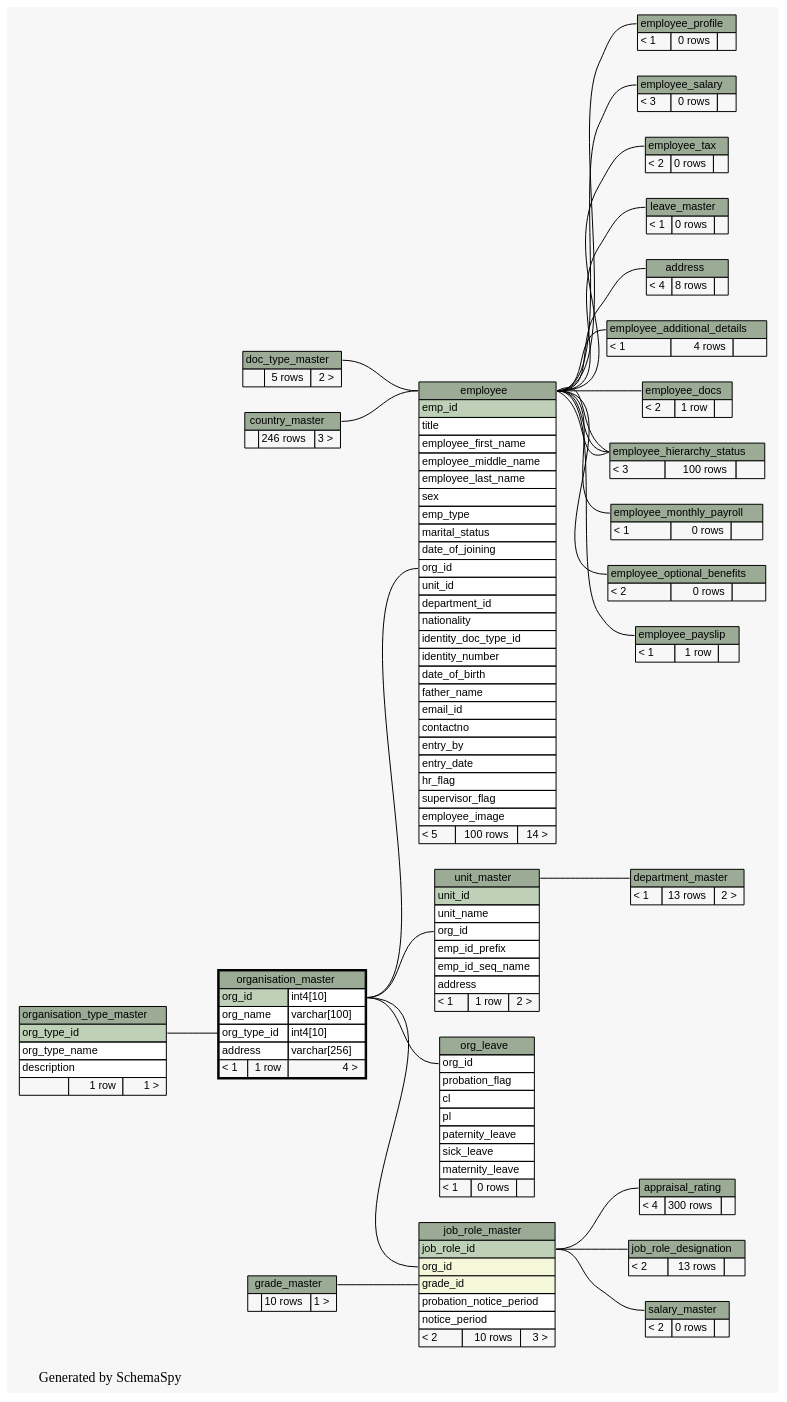
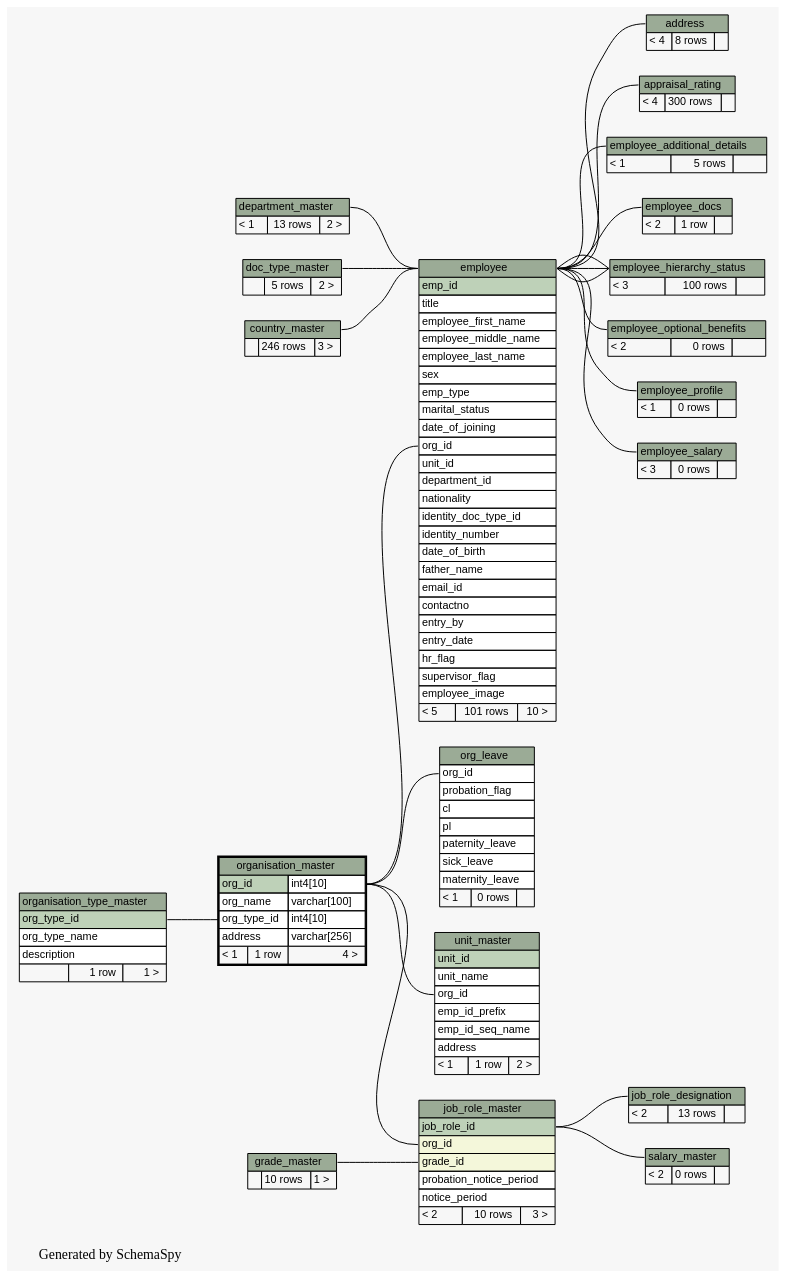
One commit to engineerscraft/hrms changed the diagram in docs/database/schemaspy/graphs/organisation_master.2degrees.dot. Above: the diagram before and after it, drawn with Graphviz. The commit also changed 190 other files, not shown here.

```diff
--- a/docs/database/schemaspy/graphs/organisation_master.2degrees.dot
+++ b/docs/database/schemaspy/graphs/organisation_master.2degrees.dot
@@ -1,4 +1,4 @@
-// dot 2.38.0 on Windows 8.1 6.3
+// dot 2.38.0 on Windows 7 6.1
 digraph "twoDegreesRelationshipsGraph" {
   graph [
     rankdir="RL"
@@ -15,8 +15,8 @@
     arrowsize="0.8"
   ];
   "address":"address.heading":w -> "employee":"employee.heading":e [arrowtail=crowtee arrowhead=none];
-  "appraisal_rating":"appraisal_rating.heading":w -> "job_role_master":"job_role_id":e [arrowtail=crowodot arrowhead=none];
-  "department_master":"department_master.heading":w -> "unit_master":"unit_master.heading":e [arrowtail=crowodot arrowhead=none];
+  "appraisal_rating":"appraisal_rating.heading":w -> "employee":"employee.heading":e [arrowtail=crowtee arrowhead=none];
+  "employee":"employee.heading":w -> "department_master":"department_master.heading":e [arrowtail=crowodot arrowhead=none];
   "employee":"employee.heading":w -> "doc_type_master":"doc_type_master.heading":e [arrowtail=crowodot arrowhead=none];
   "employee":"employee.heading":w -> "country_master":"country_master.heading":e [arrowtail=crowodot arrowhead=none];
   "employee":"org_id":w -> "organisation_master":"org_id.type":e [arrowtail=crowodot arrowhead=none];
@@ -25,16 +25,12 @@
   "employee_hierarchy_status":"employee_hierarchy_status.heading":w -> "employee":"employee.heading":e [arrowtail=tee arrowhead=none];
   "employee_hierarchy_status":"employee_hierarchy_status.heading":w -> "employee":"employee.heading":e [arrowtail=crowodot arrowhead=none];
   "employee_hierarchy_status":"employee_hierarchy_status.heading":w -> "employee":"employee.heading":e [arrowtail=crowodot arrowhead=none];
-  "employee_monthly_payroll":"employee_monthly_payroll.heading":w -> "employee":"employee.heading":e [arrowtail=crowodot arrowhead=none];
   "employee_optional_benefits":"employee_optional_benefits.heading":w -> "employee":"employee.heading":e [arrowtail=crowodot arrowhead=none];
-  "employee_payslip":"employee_payslip.heading":w -> "employee":"employee.heading":e [arrowtail=crowodot arrowhead=none];
   "employee_profile":"employee_profile.heading":w -> "employee":"employee.heading":e [arrowtail=tee arrowhead=none];
   "employee_salary":"employee_salary.heading":w -> "employee":"employee.heading":e [arrowtail=crowtee arrowhead=none];
-  "employee_tax":"employee_tax.heading":w -> "employee":"employee.heading":e [arrowtail=crowtee arrowhead=none];
   "job_role_designation":"job_role_designation.heading":w -> "job_role_master":"job_role_id":e [arrowtail=crowtee arrowhead=none];
   "job_role_master":"grade_id":w -> "grade_master":"grade_master.heading":e [arrowtail=crowtee arrowhead=none];
   "job_role_master":"org_id":w -> "organisation_master":"org_id.type":e [arrowtail=crowtee arrowhead=none];
-  "leave_master":"leave_master.heading":w -> "employee":"employee.heading":e [arrowtail=tee arrowhead=none];
   "org_leave":"org_id":w -> "organisation_master":"org_id.type":e [arrowtail=crowodot arrowhead=none];
   "organisation_master":"org_type_id":w -> "organisation_type_master":"org_type_id":e [arrowtail=crowodot arrowhead=none];
   "salary_master":"salary_master.heading":w -> "job_role_master":"job_role_id":e [arrowtail=crowtee arrowhead=none];
@@ -112,7 +108,7 @@
       <TR><TD PORT="hr_flag" COLSPAN="3" ALIGN="LEFT">hr_flag</TD></TR>
       <TR><TD PORT="supervisor_flag" COLSPAN="3" ALIGN="LEFT">supervisor_flag</TD></TR>
       <TR><TD PORT="employee_image" COLSPAN="3" ALIGN="LEFT">employee_image</TD></TR>
-      <TR><TD ALIGN="LEFT" BGCOLOR="#f7f7f7">&lt; 5</TD><TD ALIGN="RIGHT" BGCOLOR="#f7f7f7">100 rows</TD><TD ALIGN="RIGHT" BGCOLOR="#f7f7f7">14 &gt;</TD></TR>
+      <TR><TD ALIGN="LEFT" BGCOLOR="#f7f7f7">&lt; 5</TD><TD ALIGN="RIGHT" BGCOLOR="#f7f7f7">101 rows</TD><TD ALIGN="RIGHT" BGCOLOR="#f7f7f7">10 &gt;</TD></TR>
     </TABLE>>
     URL="employee.html#graph"
     tooltip="employee"
@@ -121,7 +117,7 @@
     label=<
     <TABLE BORDER="0" CELLBORDER="1" CELLSPACING="0" BGCOLOR="#ffffff">
       <TR><TD PORT="employee_additional_details.heading" COLSPAN="3" BGCOLOR="#9bab96" ALIGN="CENTER">employee_additional_details</TD></TR>
-      <TR><TD ALIGN="LEFT" BGCOLOR="#f7f7f7">&lt; 1</TD><TD ALIGN="RIGHT" BGCOLOR="#f7f7f7">4 rows</TD><TD ALIGN="RIGHT" BGCOLOR="#f7f7f7">  </TD></TR>
+      <TR><TD ALIGN="LEFT" BGCOLOR="#f7f7f7">&lt; 1</TD><TD ALIGN="RIGHT" BGCOLOR="#f7f7f7">5 rows</TD><TD ALIGN="RIGHT" BGCOLOR="#f7f7f7">  </TD></TR>
     </TABLE>>
     URL="employee_additional_details.html#graph"
     tooltip="employee_additional_details"
@@ -144,15 +140,6 @@
     URL="employee_hierarchy_status.html#graph"
     tooltip="employee_hierarchy_status"
   ];
-  "employee_monthly_payroll" [
-    label=<
-    <TABLE BORDER="0" CELLBORDER="1" CELLSPACING="0" BGCOLOR="#ffffff">
-      <TR><TD PORT="employee_monthly_payroll.heading" COLSPAN="3" BGCOLOR="#9bab96" ALIGN="CENTER">employee_monthly_payroll</TD></TR>
-      <TR><TD ALIGN="LEFT" BGCOLOR="#f7f7f7">&lt; 1</TD><TD ALIGN="RIGHT" BGCOLOR="#f7f7f7">0 rows</TD><TD ALIGN="RIGHT" BGCOLOR="#f7f7f7">  </TD></TR>
-    </TABLE>>
-    URL="employee_monthly_payroll.html#graph"
-    tooltip="employee_monthly_payroll"
-  ];
   "employee_optional_benefits" [
     label=<
     <TABLE BORDER="0" CELLBORDER="1" CELLSPACING="0" BGCOLOR="#ffffff">
@@ -161,15 +148,6 @@
     </TABLE>>
     URL="employee_optional_benefits.html#graph"
     tooltip="employee_optional_benefits"
-  ];
-  "employee_payslip" [
-    label=<
-    <TABLE BORDER="0" CELLBORDER="1" CELLSPACING="0" BGCOLOR="#ffffff">
-      <TR><TD PORT="employee_payslip.heading" COLSPAN="3" BGCOLOR="#9bab96" ALIGN="CENTER">employee_payslip</TD></TR>
-      <TR><TD ALIGN="LEFT" BGCOLOR="#f7f7f7">&lt; 1</TD><TD ALIGN="RIGHT" BGCOLOR="#f7f7f7">1 row</TD><TD ALIGN="RIGHT" BGCOLOR="#f7f7f7">  </TD></TR>
-    </TABLE>>
-    URL="employee_payslip.html#graph"
-    tooltip="employee_payslip"
   ];
   "employee_profile" [
     label=<
@@ -188,15 +166,6 @@
     </TABLE>>
     URL="employee_salary.html#graph"
     tooltip="employee_salary"
-  ];
-  "employee_tax" [
-    label=<
-    <TABLE BORDER="0" CELLBORDER="1" CELLSPACING="0" BGCOLOR="#ffffff">
-      <TR><TD PORT="employee_tax.heading" COLSPAN="3" BGCOLOR="#9bab96" ALIGN="CENTER">employee_tax</TD></TR>
-      <TR><TD ALIGN="LEFT" BGCOLOR="#f7f7f7">&lt; 2</TD><TD ALIGN="RIGHT" BGCOLOR="#f7f7f7">0 rows</TD><TD ALIGN="RIGHT" BGCOLOR="#f7f7f7">  </TD></TR>
-    </TABLE>>
-    URL="employee_tax.html#graph"
-    tooltip="employee_tax"
   ];
   "grade_master" [
     label=<
@@ -229,15 +198,6 @@
     </TABLE>>
     URL="job_role_master.html#graph"
     tooltip="job_role_master"
-  ];
-  "leave_master" [
-    label=<
-    <TABLE BORDER="0" CELLBORDER="1" CELLSPACING="0" BGCOLOR="#ffffff">
-      <TR><TD PORT="leave_master.heading" COLSPAN="3" BGCOLOR="#9bab96" ALIGN="CENTER">leave_master</TD></TR>
-      <TR><TD ALIGN="LEFT" BGCOLOR="#f7f7f7">&lt; 1</TD><TD ALIGN="RIGHT" BGCOLOR="#f7f7f7">0 rows</TD><TD ALIGN="RIGHT" BGCOLOR="#f7f7f7">  </TD></TR>
-    </TABLE>>
-    URL="leave_master.html#graph"
-    tooltip="leave_master"
   ];
   "org_leave" [
     label=<
```
